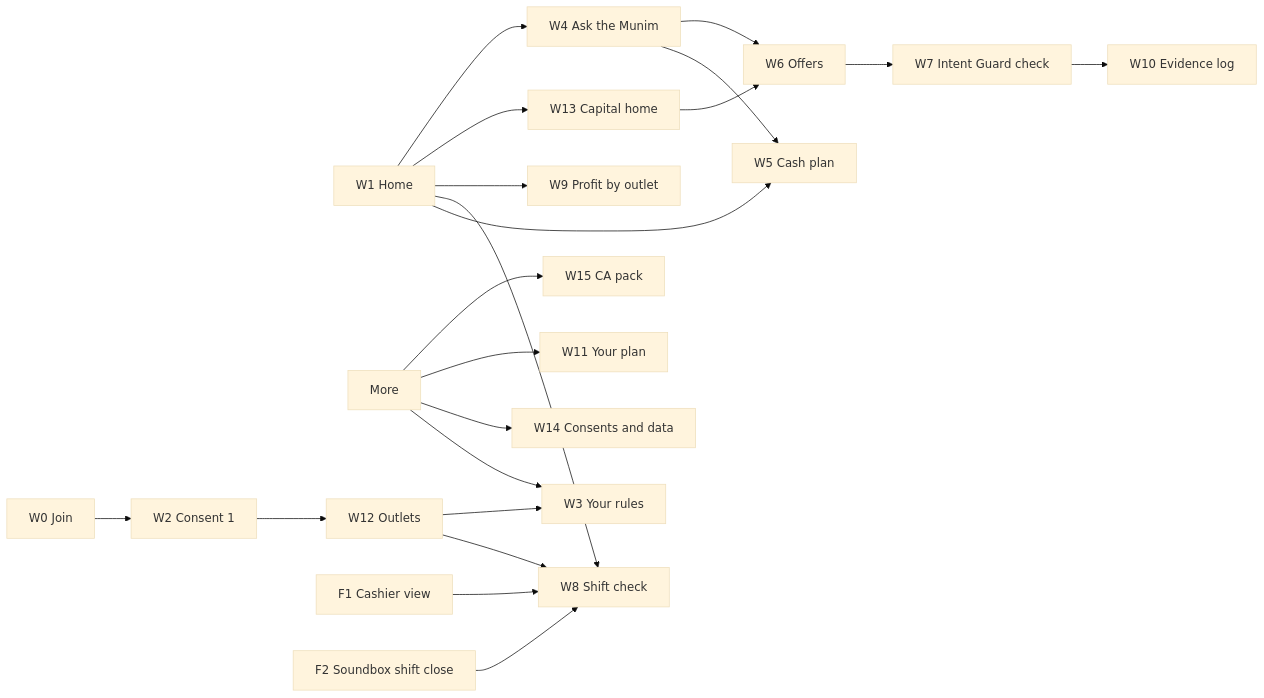
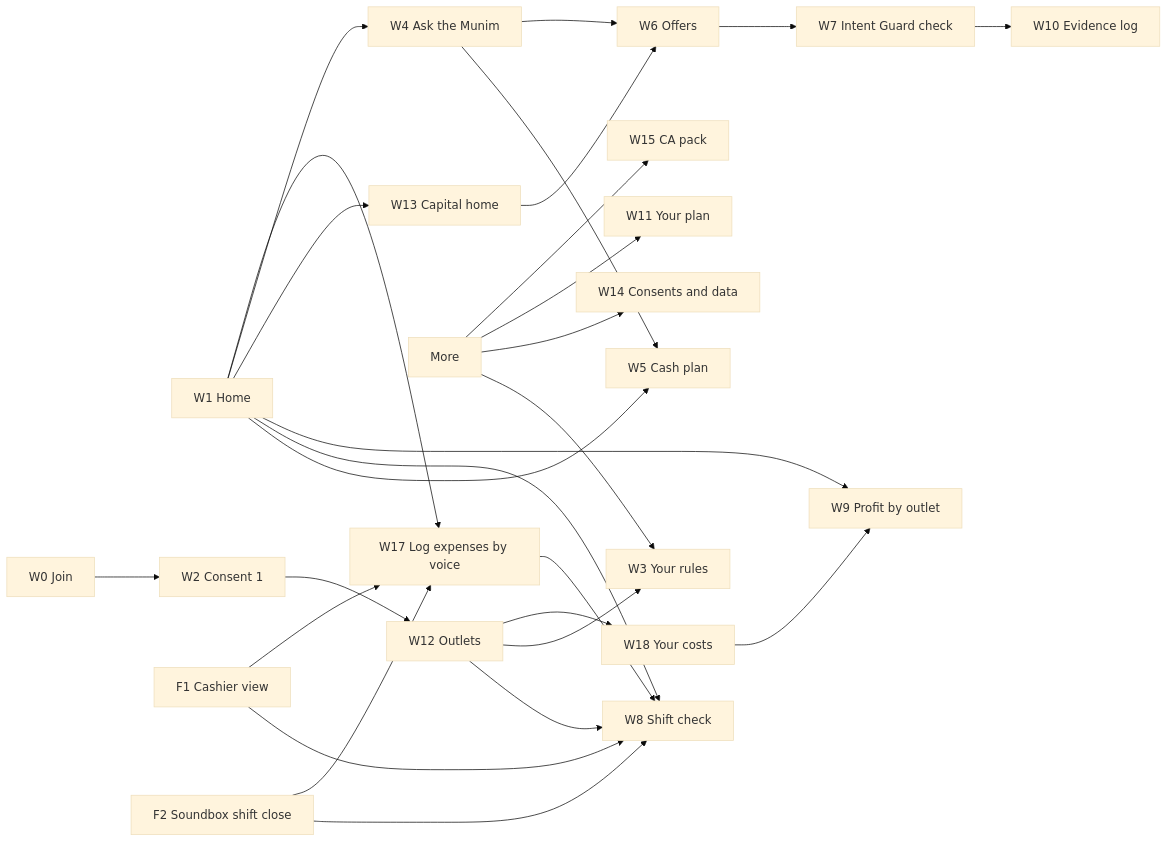
One commit to OmKamalika/paytm-merchant-ai- changed the seventh of 7 diagrams in AI_Munim_Project_Plan.md. Above: the diagram before and after it, drawn with Mermaid (base theme). The commit also changed other lines of this file and 1 other file, not shown here.

First line of the commit message:
Add voice expense logging and cost rules brainstorm and wireframes

````diff
--- a/AI_Munim_Project_Plan.md
+++ b/AI_Munim_Project_Plan.md
@@ -1318,23 +1333,29 @@
 ```mermaid
 flowchart LR
     Home[W1 Home] --> Plan[W5 Cash plan]
     Home --> Shift[W8 Shift check]
     Home --> Profit[W9 Profit by outlet]
     Home --> Cap[W13 Capital home]
     Home --> Ask[W4 Ask the Munim]
     Ask --> Plan
     Ask --> Offers[W6 Offers]
     Cap --> Offers
     Offers --> Guard[W7 Intent Guard check]
     Guard --> Log[W10 Evidence log]
     More[More] --> Rules[W3 Your rules]
     More --> Consents[W14 Consents and data]
     More --> Billing[W11 Your plan]
     More --> CA[W15 CA pack]
     Outlets[W12 Outlets] --> Shift
     Join[W0 Join] --> Consent1[W2 Consent 1]
     Consent1 --> Outlets
     Outlets --> Rules
     Cashier[F1 Cashier view] --> Shift
+    Cashier --> VoiceLog[W17 Log expenses by voice]
+    Home --> VoiceLog
+    VoiceLog --> Shift
+    Outlets --> Costs[W18 Your costs]
+    Costs --> Profit
     SB[F2 Soundbox shift close] --> Shift
+    SB --> VoiceLog
 ```
````
